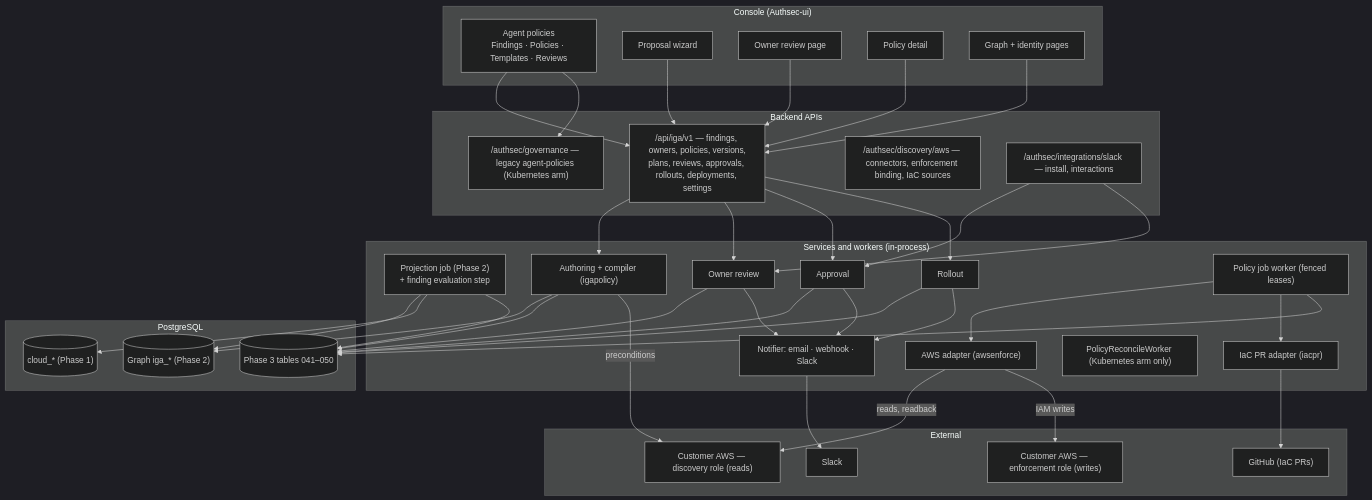
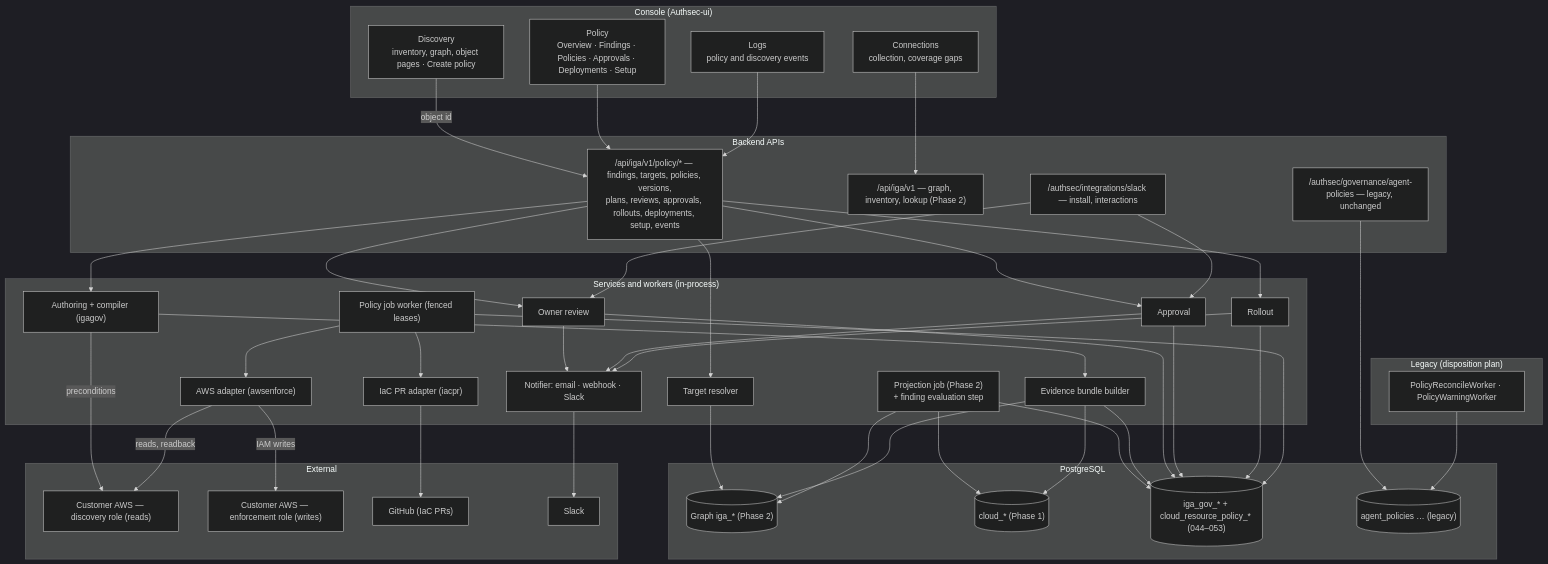
Before and after one commit to authsec-ai/authsec: the first of 3 diagrams in .claude/specs/SPEC-iga-phase3-policy.md, drawn with Mermaid (dark theme). The commit also changed other lines of this file and 4 other files, not shown here.

````diff
--- a/.claude/specs/SPEC-iga-phase3-policy.md
+++ b/.claude/specs/SPEC-iga-phase3-policy.md
@@ -1042,57 +1163,68 @@
 ```mermaid
 flowchart TB
   subgraph UI["Console (Authsec-ui)"]
-    POL["Agent policies<br/>Findings · Policies · Templates · Reviews"]
-    WIZ["Proposal wizard"]
-    REV["Owner review page"]
-    DET["Policy detail"]
-    GRAPH["Graph + identity pages"]
+    CON["Connections<br/>collection, coverage gaps"]
+    DIS["Discovery<br/>inventory, graph, object pages · Create policy"]
+    POL["Policy<br/>Overview · Findings · Policies · Approvals · Deployments · Setup"]
+    LOG["Logs<br/>policy and discovery events"]
   end
 
   subgraph API["Backend APIs"]
-    IGA["/api/iga/v1 — findings, owners, policies, versions,<br/>plans, reviews, approvals, rollouts, deployments, settings"]
-    GOV["/authsec/governance — legacy agent-policies (Kubernetes arm)"]
-    DISC["/authsec/discovery/aws — connectors, enforcement binding, IaC sources"]
+    PAPI["/api/iga/v1/policy/* — findings, targets, policies, versions,<br/>plans, reviews, approvals, rollouts, deployments, setup, events"]
+    GAPI["/api/iga/v1 — graph, inventory, lookup (Phase 2)"]
     SLK["/authsec/integrations/slack — install, interactions"]
+    LEG["/authsec/governance/agent-policies — legacy, unchanged"]
   end
 
   subgraph SVC["Services and workers (in-process)"]
     PROJ["Projection job (Phase 2)<br/>+ finding evaluation step"]
-    AUTH["Authoring + compiler (igapolicy)"]
+    RES["Target resolver"]
+    AUTH["Authoring + compiler (igagov)"]
+    BUN["Evidence bundle builder"]
     OWN["Owner review"]
     APPR["Approval"]
     ROLL["Rollout"]
     JOB["Policy job worker (fenced leases)"]
     ADP["AWS adapter (awsenforce)"]
     IAC["IaC PR adapter (iacpr)"]
     NOTIF["Notifier: email · webhook · Slack"]
-    K8S["PolicyReconcileWorker (Kubernetes arm only)"]
+  end
+
+  subgraph LEGSVC["Legacy (disposition plan)"]
+    REC["PolicyReconcileWorker · PolicyWarningWorker"]
   end
 
   subgraph DATA["PostgreSQL"]
     G[("Graph iga_* (Phase 2)")]
     RAW[("cloud_* (Phase 1)")]
-    P3[("Phase 3 tables 041–050")]
+    P3[("iga_gov_* + cloud_resource_policy_* (044–053)")]
+    AP[("agent_policies … (legacy)")]
   end
 
   subgraph EXT["External"]
     DROLE["Customer AWS — discovery role (reads)"]
     EROLE["Customer AWS — enforcement role (writes)"]
     GH["GitHub (IaC PRs)"]
     SLACK["Slack"]
   end
 
-  POL & WIZ & REV & DET & GRAPH --> IGA
-  POL --> GOV
-  IGA --> AUTH & OWN & APPR & ROLL
+  DIS -->|object id| PAPI
+  POL --> PAPI
+  LOG --> PAPI
+  CON --> GAPI
+  PAPI --> RES & AUTH & OWN & APPR & ROLL
+  RES --> G
   SLK --> APPR & OWN
   PROJ --> G & RAW & P3
-  AUTH --> G & P3
+  AUTH --> BUN
+  BUN --> G & RAW & P3
   AUTH -->|preconditions| DROLE
   OWN & APPR & ROLL --> P3 & NOTIF
   JOB --> ADP & IAC & P3
   ADP -->|reads, readback| DROLE
   ADP -->|IAM writes| EROLE
   IAC --> GH
   NOTIF --> SLACK
+  LEG --> AP
+  REC --> AP
 ```
````
